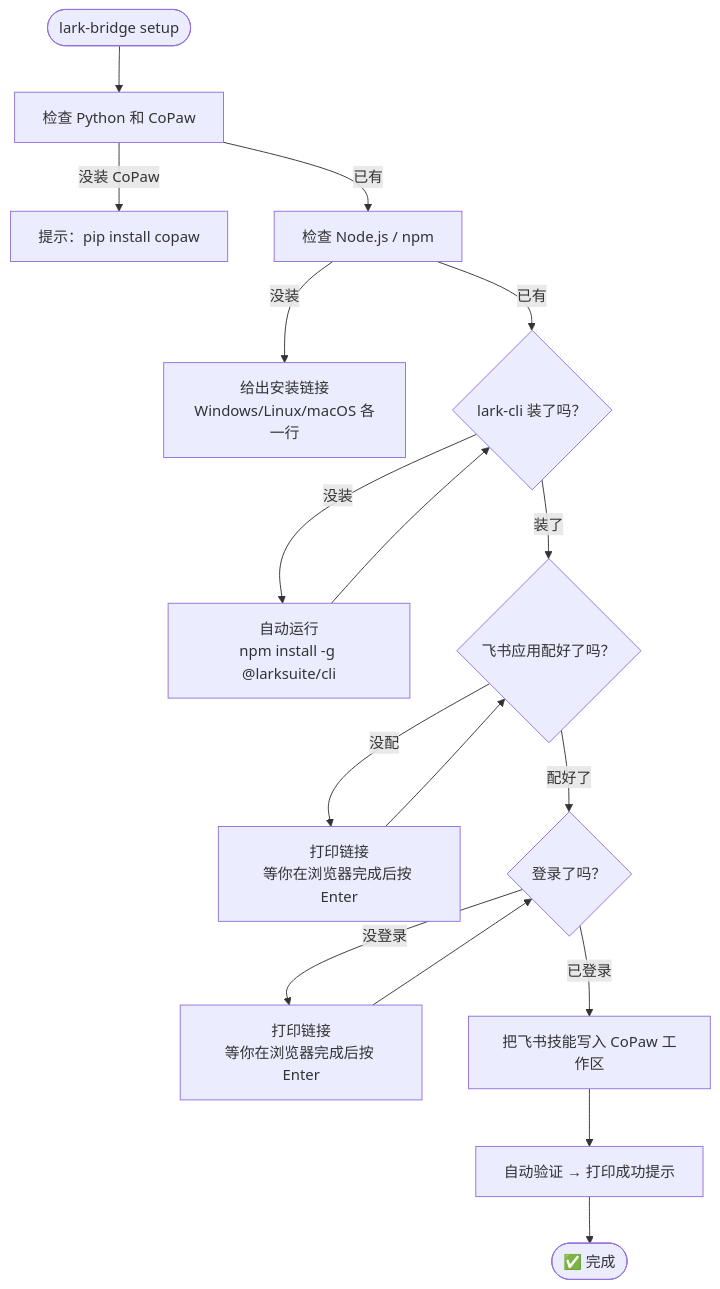
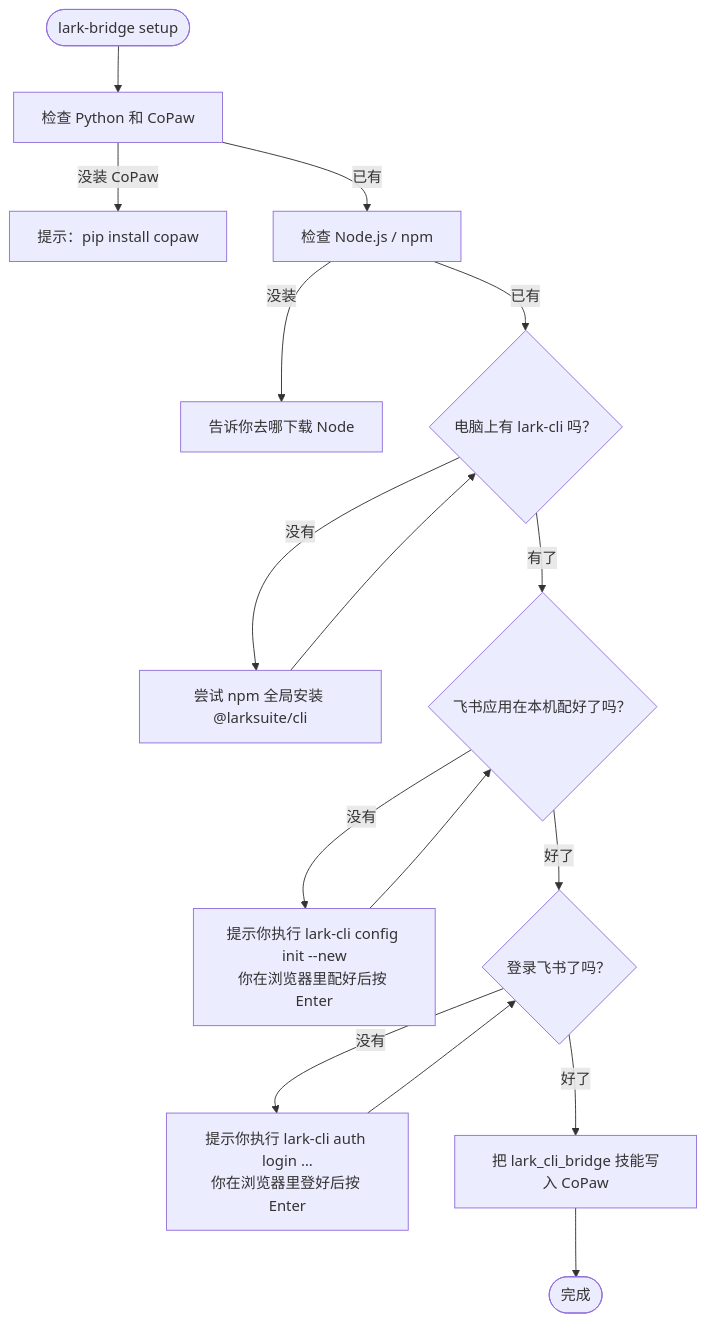
One commit to guodaxia103/lark-agent-bridge changed the first of 6 diagrams in README.md. Above: the diagram before and after it, drawn with Mermaid. The commit also changed other lines of this file and 3 other files, not shown here.

First line of the commit message:
docs: README 全量命令与 lark-cli auth 表，技能内 auth 说明

````diff
--- a/README.md
+++ b/README.md
@@ -147,19 +219,18 @@
 ```mermaid
 flowchart TD
     S(["lark-bridge setup"]) --> P["检查 Python 和 CoPaw"]
     P -->|没装 CoPaw| TIP1["提示：pip install copaw"]
     P -->|已有| N["检查 Node.js / npm"]
-    N -->|没装| TIP2["给出安装链接\nWindows/Linux/macOS 各一行"]
-    N -->|已有| L{"lark-cli 装了吗？"}
-    L -->|没装| INST["自动运行\nnpm install -g @larksuite/cli"]
+    N -->|没装| TIP2["告诉你去哪下载 Node"]
+    N -->|已有| L{"电脑上有 lark-cli 吗？"}
+    L -->|没有| INST["尝试 npm 全局安装 @larksuite/cli"]
     INST --> L
-    L -->|装了| C{"飞书应用配好了吗？"}
-    C -->|没配| CONF["打印链接\n等你在浏览器完成后按 Enter"]
+    L -->|有了| C{"飞书应用在本机配好了吗？"}
+    C -->|没有| CONF["提示你执行 lark-cli config init --new\n你在浏览器里配好后按 Enter"]
     CONF --> C
-    C -->|配好了| A{"登录了吗？"}
-    A -->|没登录| LOGIN["打印链接\n等你在浏览器完成后按 Enter"]
+    C -->|好了| A{"登录飞书了吗？"}
+    A -->|没有| LOGIN["提示你执行 lark-cli auth login …\n你在浏览器里登好后按 Enter"]
     LOGIN --> A
-    A -->|已登录| SK["把飞书技能写入 CoPaw 工作区"]
-    SK --> V["自动验证 → 打印成功提示"]
-    V --> DONE(["✅ 完成"])
+    A -->|好了| SK["把 lark_cli_bridge 技能写入 CoPaw"]
+    SK --> DONE(["完成"])
 ```
````
